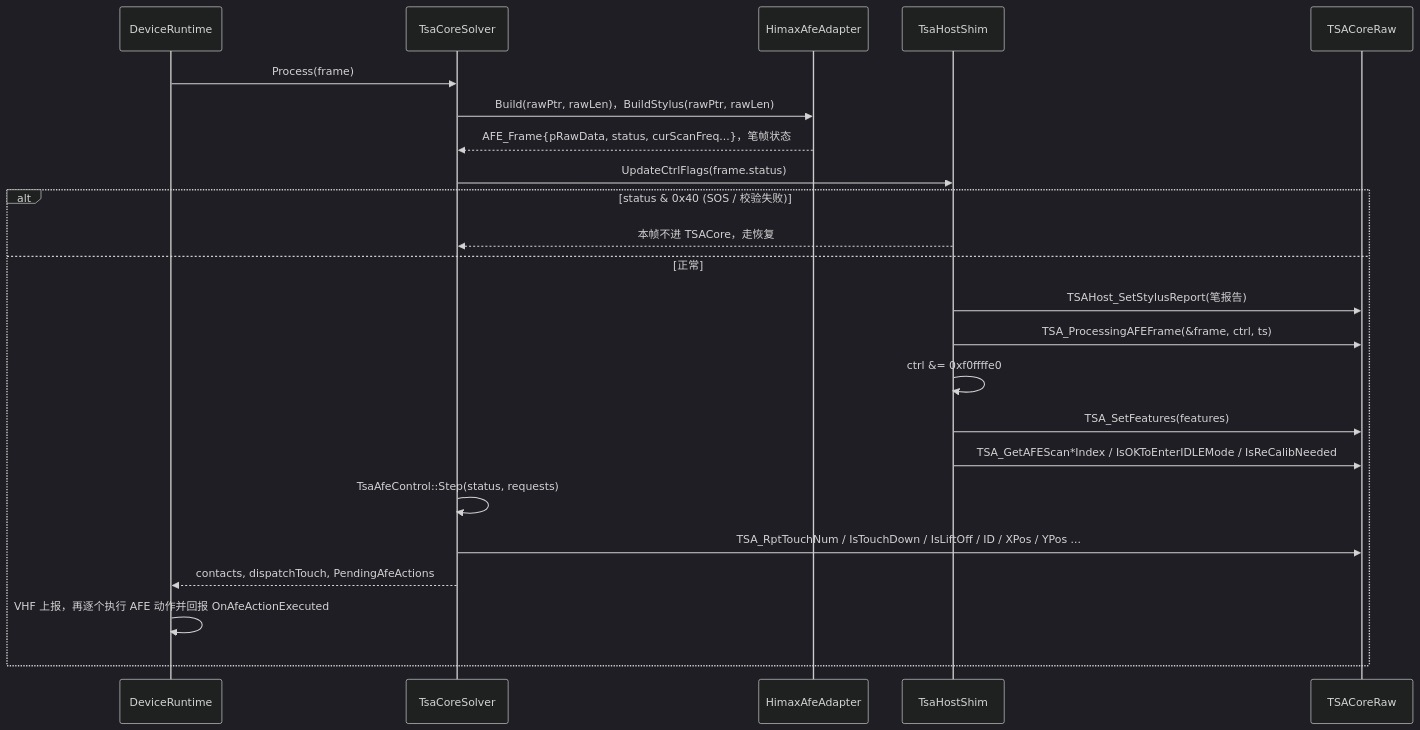
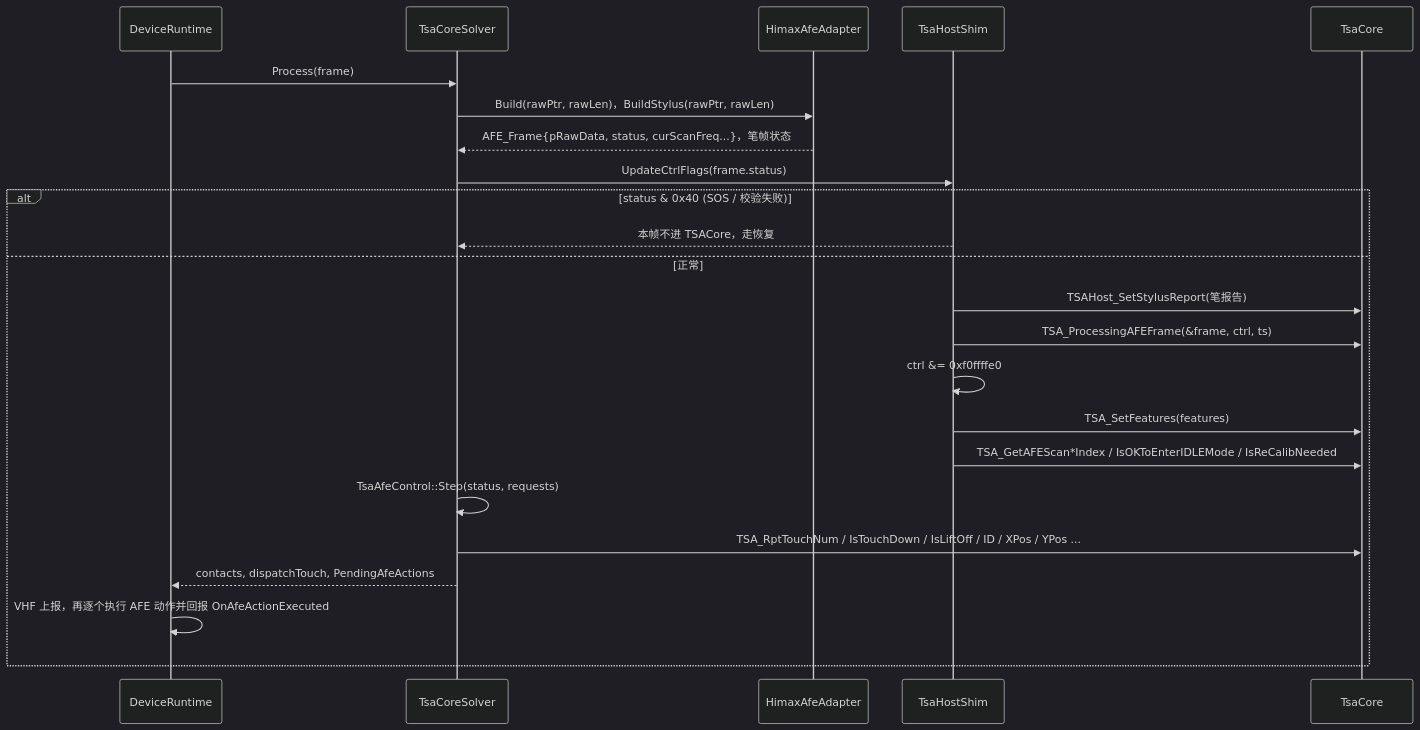
One commit to awarson2233/EGoTouchRev changed the second of 9 diagrams in docs/finger_algorithms/tsacore-raw-integration.md. Above: the diagram before and after it, drawn with Mermaid (dark theme). The commit also changed other lines of this file and 54 other files, not shown here.

````diff
--- a/docs/finger_algorithms/tsacore-raw-integration.md
+++ b/docs/finger_algorithms/tsacore-raw-integration.md
@@ -40,25 +40,25 @@
 ```mermaid
 sequenceDiagram
     participant RT as DeviceRuntime
     participant S as TsaCoreSolver
     participant A as HimaxAfeAdapter
     participant H as TsaHostShim
-    participant T as TSACoreRaw
+    participant T as TsaCore
     RT->>S: Process(frame)
     S->>A: Build(rawPtr, rawLen)，BuildStylus(rawPtr, rawLen)
     A-->>S: AFE_Frame{pRawData, status, curScanFreq...}，笔帧状态
     S->>H: UpdateCtrlFlags(frame.status)
     alt status & 0x40 (SOS / 校验失败)
         H-->>S: 本帧不进 TSACore，走恢复
     else 正常
         H->>T: TSAHost_SetStylusReport(笔报告)
         H->>T: TSA_ProcessingAFEFrame(&frame, ctrl, ts)
         H->>H: ctrl &= 0xf0ffffe0
         H->>T: TSA_SetFeatures(features)
         H->>T: TSA_GetAFEScan*Index / IsOKToEnterIDLEMode / IsReCalibNeeded
         S->>S: TsaAfeControl::Step(status, requests)
         S->>T: TSA_RptTouchNum / IsTouchDown / IsLiftOff / ID / XPos / YPos ...
         S-->>RT: contacts, dispatchTouch, PendingAfeActions
         RT->>RT: VHF 上报，再逐个执行 AFE 动作并回报 OnAfeActionExecuted
     end
 ```
````
